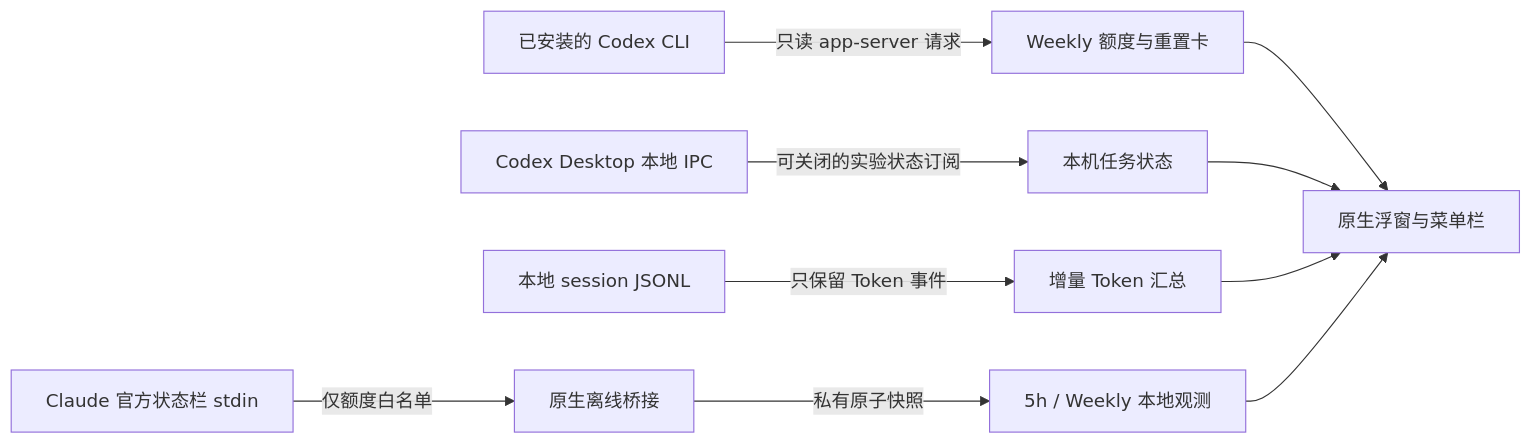
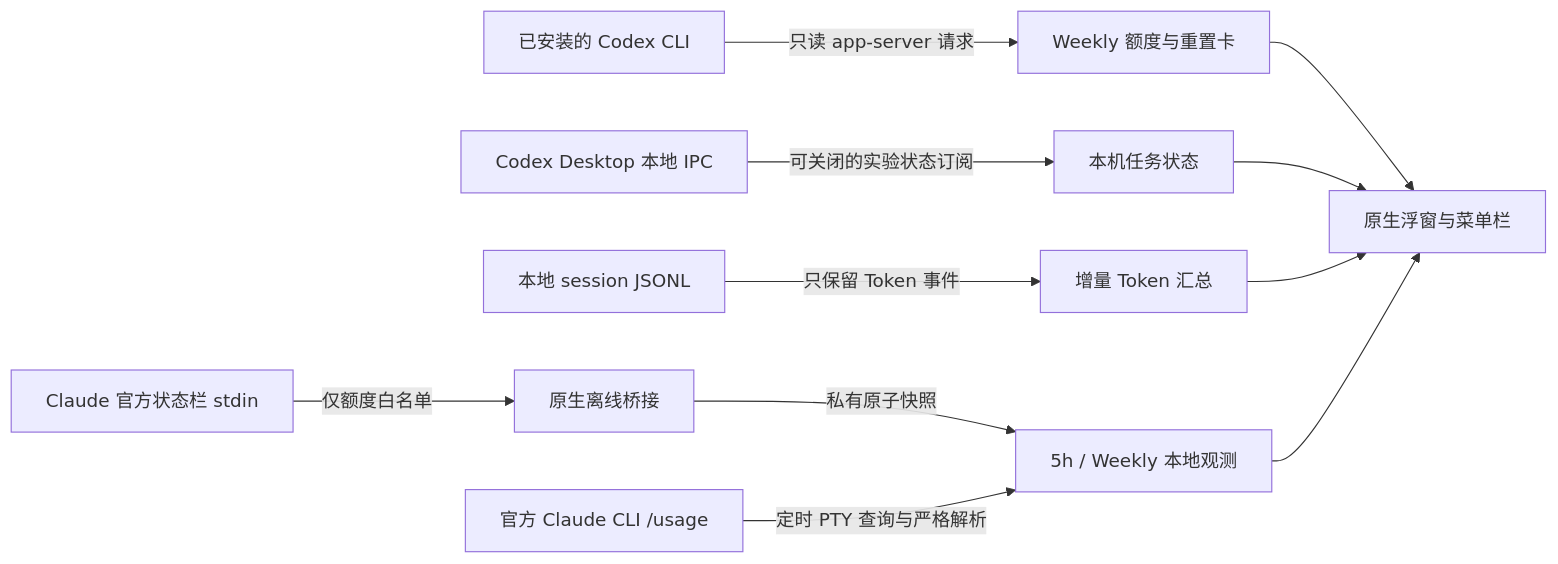
The diagram in README.md (chenlongzhen/codex-hud), drawn with Mermaid before and after one commit. The commit also changed other lines of this file and 32 other files, not shown here.

First line of the commit message:
Add default-on Claude quota polling via official CLI

````diff
--- a/README.md
+++ b/README.md
@@ -118,12 +124,13 @@
 ```mermaid
 flowchart LR
     CLI[已安装的 Codex CLI] -->|只读 app-server 请求| Quota[Weekly 额度与重置卡]
     Desktop[Codex Desktop 本地 IPC] -->|可关闭的实验状态订阅| Tasks[本机任务状态]
     Logs[本地 session JSONL] -->|只保留 Token 事件| Tokens[增量 Token 汇总]
     Quota --> HUD[原生浮窗与菜单栏]
     Tasks --> HUD
     Tokens --> HUD
     Claude[Claude 官方状态栏 stdin] -->|仅额度白名单| Bridge[原生离线桥接]
     Bridge -->|私有原子快照| Observation[5h / Weekly 本地观测]
+    Probe[官方 Claude CLI /usage] -->|定时 PTY 查询与严格解析| Observation
     Observation --> HUD
 ```
````
